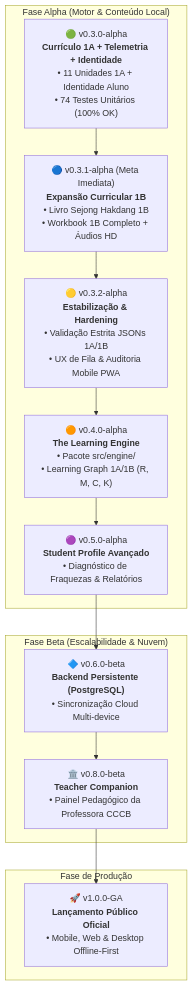
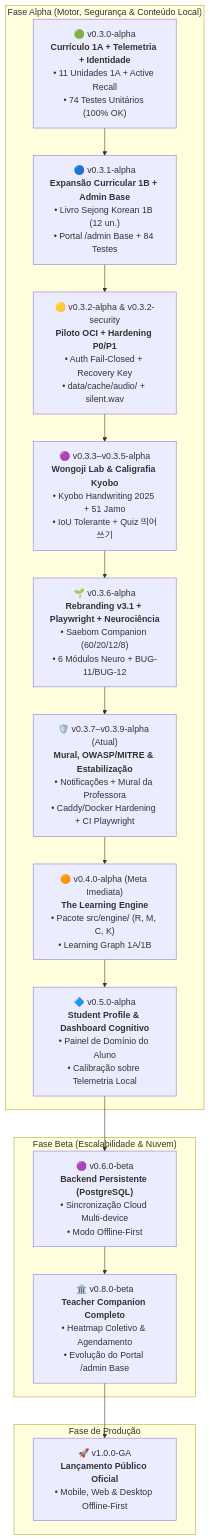
Before and after one commit to EvertonKaylon/sejong-companion: the diagram in Documentacao/Planos_e_Arquitetura/ROADMAP_MESTRE_COMPANION.md, drawn with Mermaid. The commit also changed other lines of this file and 27 other files, not shown here.

Commit message:
docs(sync): atualizar Roadmap, Manual, Conceitos, links relativos portateis, BUG-13 e Changelog v0.3.9-alpha

````diff
--- a/Documentacao/Planos_e_Arquitetura/ROADMAP_MESTRE_COMPANION.md
+++ b/Documentacao/Planos_e_Arquitetura/ROADMAP_MESTRE_COMPANION.md
@@ -11,21 +12,24 @@
 ```mermaid
 flowchart TD
-    subgraph ALPHA["Fase Alpha (Motor & Conteúdo Local)"]
-        A1["🟢 v0.3.0-alpha<br/><b>Currículo 1A + Telemetria + Identidade</b><br/>• 11 Unidades 1A + Identidade Aluno<br/>• 74 Testes Unitários (100% OK)"]
-        A2["🔵 v0.3.1-alpha (Meta Imediata)<br/><b>Expansão Curricular 1B</b><br/>• Livro Sejong Hakdang 1B<br/>• Workbook 1B Completo + Áudios HD"]
-        A3["🟡 v0.3.2-alpha<br/><b>Estabilização & Hardening</b><br/>• Validação Estrita JSONs 1A/1B<br/>• UX de Fila & Auditoria Mobile PWA"]
-        A4["🟠 v0.4.0-alpha<br/><b>The Learning Engine</b><br/>• Pacote src/engine/<br/>• Learning Graph 1A/1B (R, M, C, K)"]
-        A5["🟣 v0.5.0-alpha<br/><b>Student Profile Avançado</b><br/>• Diagnóstico de Fraquezas & Relatórios"]
+    subgraph ALPHA["Fase Alpha (Motor, Segurança & Conteúdo Local)"]
+        A1["🟢 v0.3.0-alpha<br/><b>Currículo 1A + Telemetria + Identidade</b><br/>• 11 Unidades 1A + Active Recall<br/>• 74 Testes Unitários (100% OK)"]
+        A2["🔵 v0.3.1-alpha<br/><b>Expansão Curricular 1B + Admin Base</b><br/>• Livro Sejong Korean 1B (12 un.)<br/>• Portal /admin Base + 84 Testes"]
+        A3["🟡 v0.3.2-alpha & v0.3.2-security<br/><b>Piloto OCI + Hardening P0/P1</b><br/>• Auth Fail-Closed + Recovery Key<br/>• data/cache/audio/ + silent.wav"]
+        A4["🟣 v0.3.3–v0.3.5-alpha<br/><b>Wongoji Lab & Caligrafia Kyobo</b><br/>• Kyobo Handwriting 2025 + 51 Jamo<br/>• IoU Tolerante + Quiz 띄어쓰기"]
+        A5["🌱 v0.3.6-alpha<br/><b>Rebranding v3.1 + Playwright + Neurociência</b><br/>• Saebom Companion (60/20/12/8)<br/>• 6 Módulos Neuro + BUG-11/BUG-12"]
+        A6["🛡️ v0.3.7–v0.3.9-alpha (Atual)<br/><b>Mural, OWASP/MITRE & Estabilização</b><br/>• Notificações + Mural da Professora<br/>• Caddy/Docker Hardening + CI Playwright"]
+        A7["🟠 v0.4.0-alpha (Meta Imediata)<br/><b>The Learning Engine</b><br/>• Pacote src/engine/ (R, M, C, K)<br/>• Learning Graph 1A/1B"]
+        A8["🔷 v0.5.0-alpha<br/><b>Student Profile & Dashboard Cognitivo</b><br/>• Painel de Domínio do Aluno<br/>• Calibração sobre Telemetria Local"]
     end
 
     subgraph BETA["Fase Beta (Escalabilidade & Nuvem)"]
-        B1["🔷 v0.6.0-beta<br/><b>Backend Persistente (PostgreSQL)</b><br/>• Sincronização Cloud Multi-device"]
-        B2["🏛️ v0.8.0-beta<br/><b>Teacher Companion</b><br/>• Painel Pedagógico da Professora CCCB"]
+        B1["🟣 v0.6.0-beta<br/><b>Backend Persistente (PostgreSQL)</b><br/>• Sincronização Cloud Multi-device<br/>• Modo Offline-First"]
+        B2["🏛️ v0.8.0-beta<br/><b>Teacher Companion Completo</b><br/>• Heatmap Coletivo & Agendamento<br/>• Evolução do Portal /admin Base"]
     end
 
     subgraph RELEASE["Fase de Produção"]
         R1["🚀 v1.0.0-GA<br/><b>Lançamento Público Oficial</b><br/>• Mobile, Web & Desktop Offline-First"]
     end
 
-    A1 --> A2 --> A3 --> A4 --> A5 --> B1 --> B2 --> R1
+    A1 --> A2 --> A3 --> A4 --> A5 --> A6 --> A7 --> A8 --> B1 --> B2 --> R1
 ```
````
